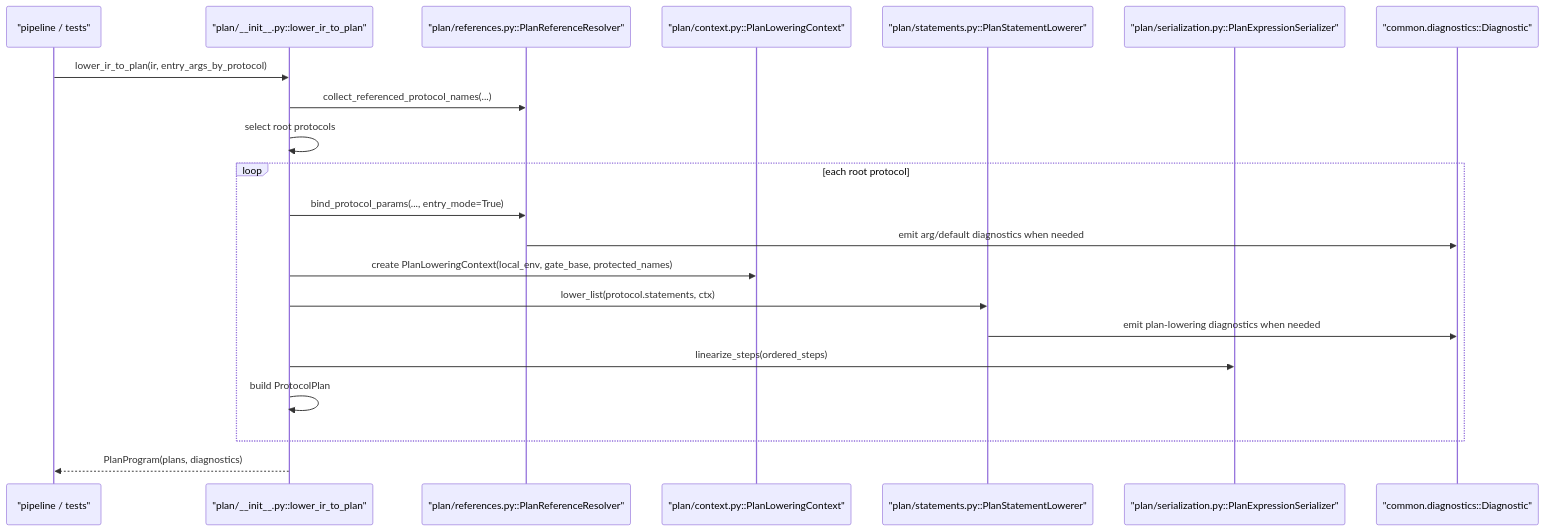
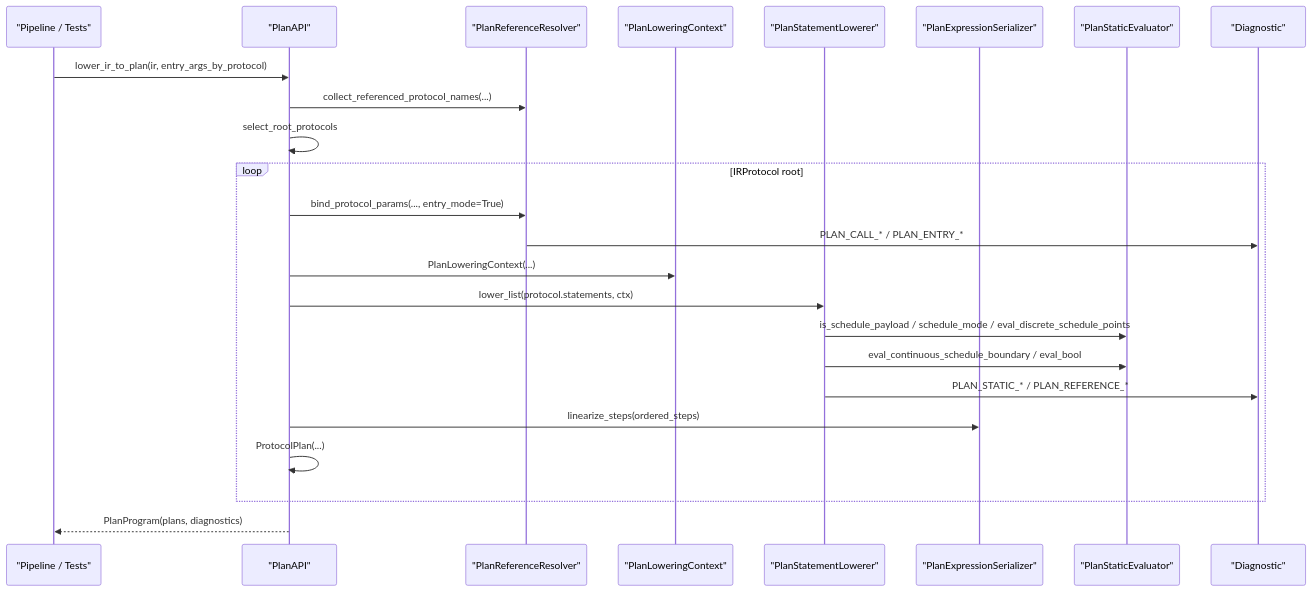
Before and after one commit to culsma/culsma: the second of 5 diagrams in docs/architecture/plan_module_diagrams.md, drawn with Mermaid. The commit also changed other lines of this file and 24 other files, not shown here.

````diff
--- a/docs/architecture/plan_module_diagrams.md
+++ b/docs/architecture/plan_module_diagrams.md
@@ -67,26 +70,29 @@
 ```mermaid
 sequenceDiagram
-    participant Caller as "pipeline / tests"
-    participant API as "plan/__init__.py::lower_ir_to_plan"
-    participant Ref as "plan/references.py::PlanReferenceResolver"
-    participant Ctx as "plan/context.py::PlanLoweringContext"
-    participant Lower as "plan/statements.py::PlanStatementLowerer"
-    participant Ser as "plan/serialization.py::PlanExpressionSerializer"
-    participant Diag as "common.diagnostics::Diagnostic"
+    participant Caller as "Pipeline / Tests"
+    participant API as "PlanAPI"
+    participant Ref as "PlanReferenceResolver"
+    participant Ctx as "PlanLoweringContext"
+    participant Lower as "PlanStatementLowerer"
+    participant Ser as "PlanExpressionSerializer"
+    participant Static as "PlanStaticEvaluator"
+    participant Diag as "Diagnostic"
 
     Caller->>API: lower_ir_to_plan(ir, entry_args_by_protocol)
     API->>Ref: collect_referenced_protocol_names(...)
-    API->>API: select root protocols
+    API->>API: select_root_protocols
 
-    loop each root protocol
+    loop IRProtocol root
         API->>Ref: bind_protocol_params(..., entry_mode=True)
-        Ref->>Diag: emit arg/default diagnostics when needed
-        API->>Ctx: create PlanLoweringContext(local_env, gate_base, protected_names)
+        Ref->>Diag: PLAN_CALL_* / PLAN_ENTRY_*
+        API->>Ctx: PlanLoweringContext(...)
         API->>Lower: lower_list(protocol.statements, ctx)
-        Lower->>Diag: emit plan-lowering diagnostics when needed
+        Lower->>Static: is_schedule_payload / schedule_mode / eval_discrete_schedule_points
+        Lower->>Static: eval_continuous_schedule_boundary / eval_bool
+        Lower->>Diag: PLAN_STATIC_* / PLAN_REFERENCE_*
         API->>Ser: linearize_steps(ordered_steps)
-        API->>API: build ProtocolPlan
+        API->>API: ProtocolPlan(...)
     end
 
     API-->>Caller: PlanProgram(plans, diagnostics)
 ```
````
